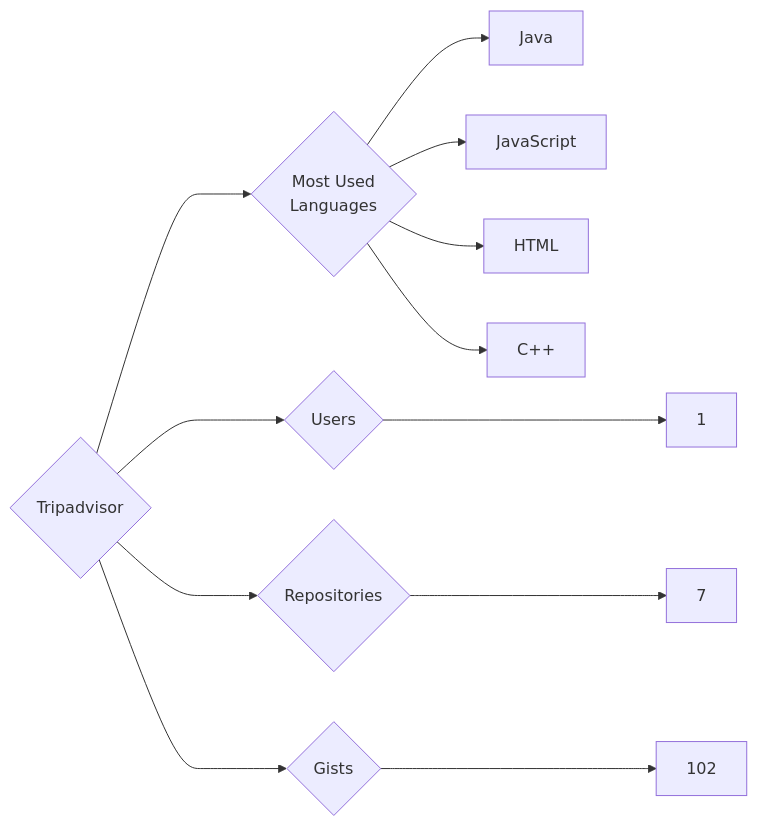
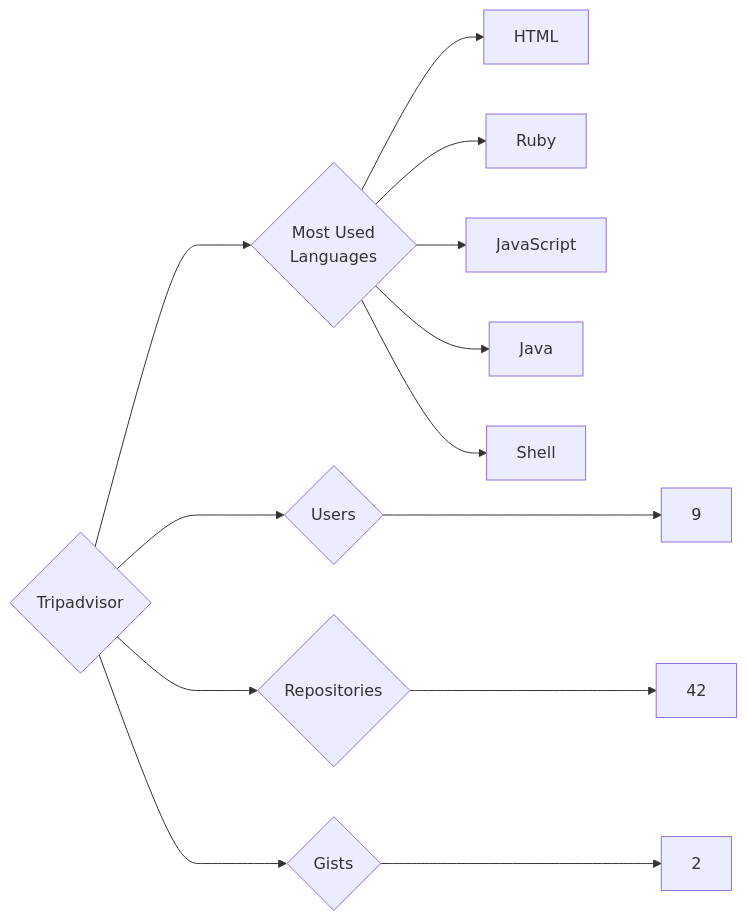
The diagram in targets/Tripadvisor/README.md (trickest/insiders), drawn with Mermaid before and after one commit. The commit also changed 1696 other files, not shown here.

````diff
--- a/targets/Tripadvisor/README.md
+++ b/targets/Tripadvisor/README.md
@@ -3,12 +3,13 @@
 ```mermaid
 graph LR
 COMPANY_NAME{Tripadvisor}
-COMPANY_NAME ---> U{Users} ---> UN[1]
-COMPANY_NAME ---> R{Repositories} ---> RN[7]
-COMPANY_NAME ---> G{Gists} ---> GN[102]
+COMPANY_NAME ---> U{Users} ---> UN[9]
+COMPANY_NAME ---> R{Repositories} ---> RN[42]
+COMPANY_NAME ---> G{Gists} ---> GN[2]
 COMPANY_NAME ---> ML{Most Used<br>Languages}
+ML --> HTML[HTML]
+ML --> Ruby[Ruby]
+ML --> JavaScript[JavaScript]
 ML --> Java[Java]
-ML --> JavaScript[JavaScript]
-ML --> HTML[HTML]
-ML --> C++[C++]
+ML --> Shell[Shell]
 ```
````
